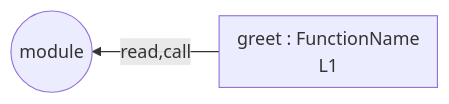
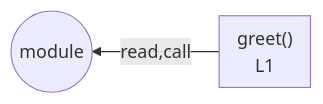
Before and after one commit to crescware/unsnarl: the diagram in integration/fixtures/minimal-function/preview.md, drawn with Mermaid. The commit also changed 27 other files, not shown here.

First line of the commit message:
refactor(mermaid): drop ": Variable" noise, decorate kinds inline

````diff
--- a/integration/fixtures/minimal-function/preview.md
+++ b/integration/fixtures/minimal-function/preview.md
@@ -14,8 +14,8 @@
 ```mermaid
 flowchart RL
-  subgraph n_scope_0_greet_9["greet : FunctionName<br/>L1"]
+  subgraph n_scope_0_greet_9["greet()<br/>L1"]
     direction RL
   end
   n_scope_0_greet_9 -->|read,call| module_root
   module_root((module))
 ```
````
